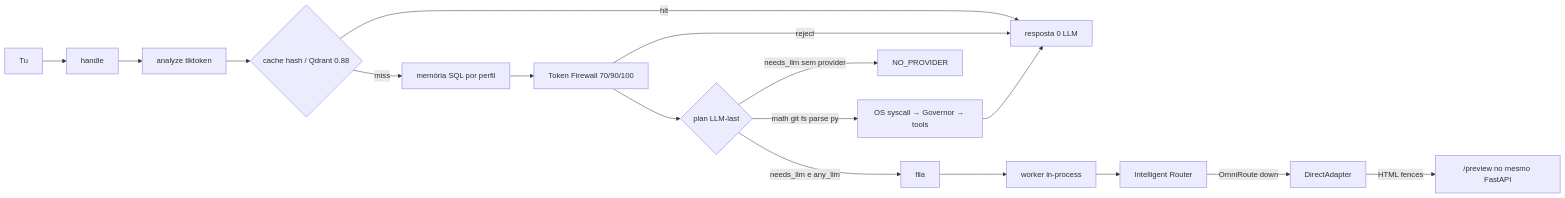
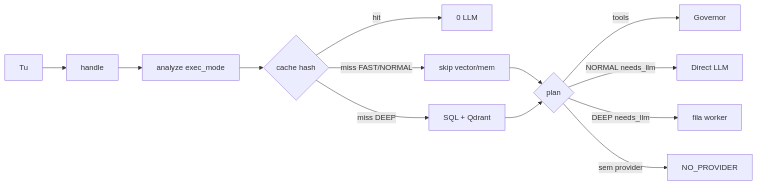
Before and after one commit to rpolicarpo100/GOD: the diagram in ROADMAP.md, drawn with Mermaid. The commit also changed other lines of this file and 4 other files, not shown here.

First line of the commit message:
P0: Direct LLM, memória só DEEP/cx≥5, stages_ms MEASURED

````diff
--- a/ROADMAP.md
+++ b/ROADMAP.md
@@ -10,19 +7,15 @@
 ```mermaid
 flowchart LR
   U[Tu] --> H[handle]
-  H --> A[analyze tiktoken]
-  A --> C{cache hash / Qdrant 0.88}
-  C -->|hit| OUT[resposta 0 LLM]
-  C -->|miss| M[memória SQL por perfil]
-  M --> FW[Token Firewall 70/90/100]
-  FW -->|reject| OUT
-  FW --> P{plan LLM-last}
-  P -->|math git fs parse py| SY[OS syscall → Governor → tools]
-  SY --> OUT
-  P -->|needs_llm e any_llm| Q[fila]
-  Q --> W[worker in-process]
-  P -->|needs_llm sem provider| NP[NO_PROVIDER]
-  W --> R[Intelligent Router]
-  R -->|OmniRoute down| D[DirectAdapter]
-  D -->|HTML fences| PR["/preview no mesmo FastAPI"]
+  H --> A[analyze exec_mode]
+  A --> C{cache hash}
+  C -->|hit| OUT[0 LLM]
+  C -->|miss FAST/NORMAL| F[skip vector/mem]
+  C -->|miss DEEP| M[SQL + Qdrant]
+  F --> P{plan}
+  M --> P
+  P -->|tools| SY[Governor]
+  P -->|NORMAL needs_llm| D[Direct LLM]
+  P -->|DEEP needs_llm| Q[fila worker]
+  P -->|sem provider| NP[NO_PROVIDER]
 ```
````
